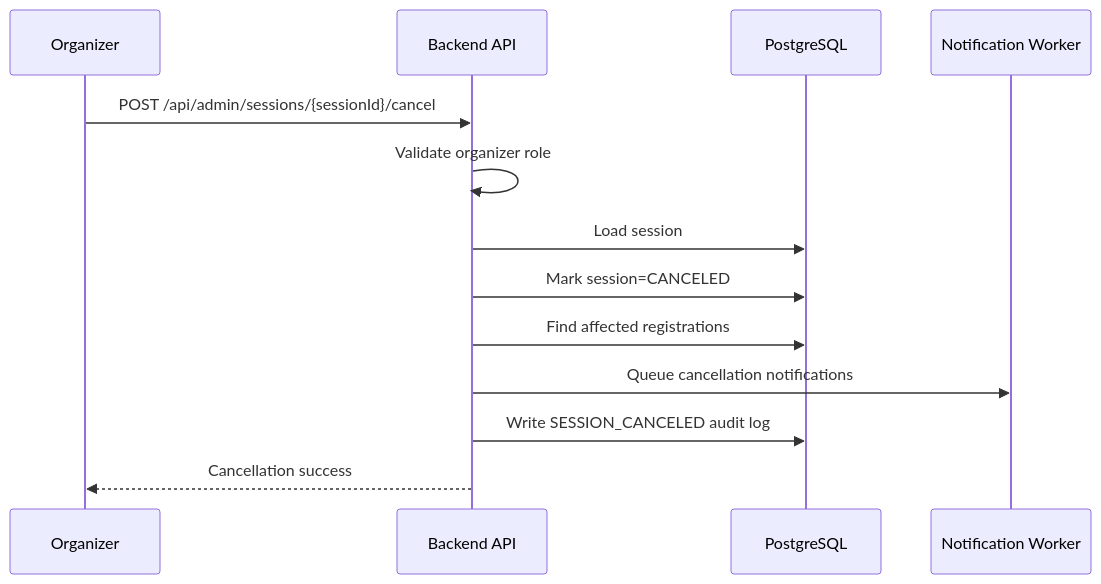
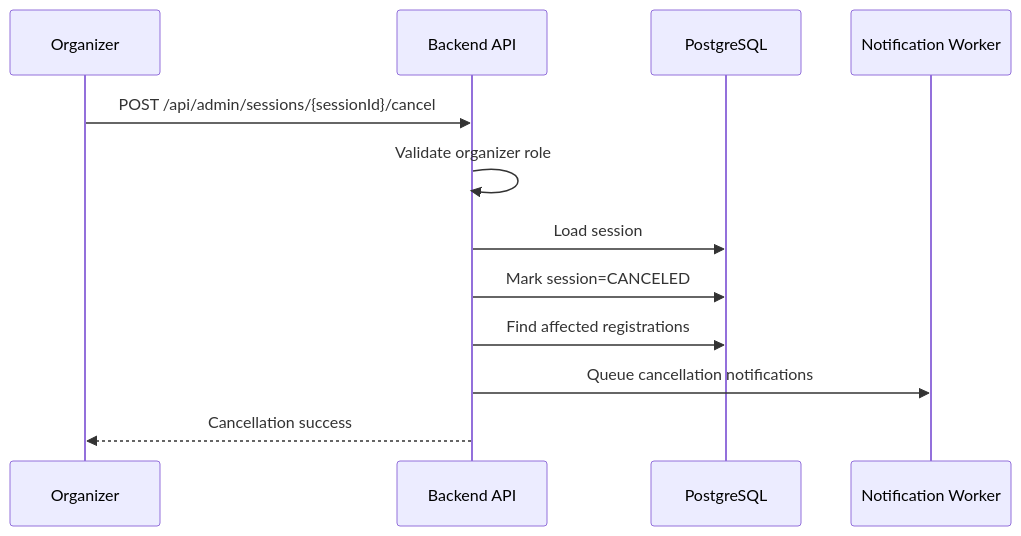
The fifth of 6 diagrams in blueprint/specs/workshop.md (NguyenThanhTien539/unihub-workshop-system), drawn with Mermaid before and after one commit. The commit also changed other lines of this file and 8 other files, not shown here.

````diff
--- a/blueprint/specs/workshop.md
+++ b/blueprint/specs/workshop.md
@@ -156,16 +148,15 @@
 ```mermaid
 sequenceDiagram
     participant O as Organizer
     participant API as Backend API
     participant DB as PostgreSQL
     participant N as Notification Worker
 
     O->>API: POST /api/admin/sessions/{sessionId}/cancel
     API->>API: Validate organizer role
     API->>DB: Load session
     API->>DB: Mark session=CANCELED
     API->>DB: Find affected registrations
     API->>N: Queue cancellation notifications
-    API->>DB: Write SESSION_CANCELED audit log
     API-->>O: Cancellation success
 ```
````
